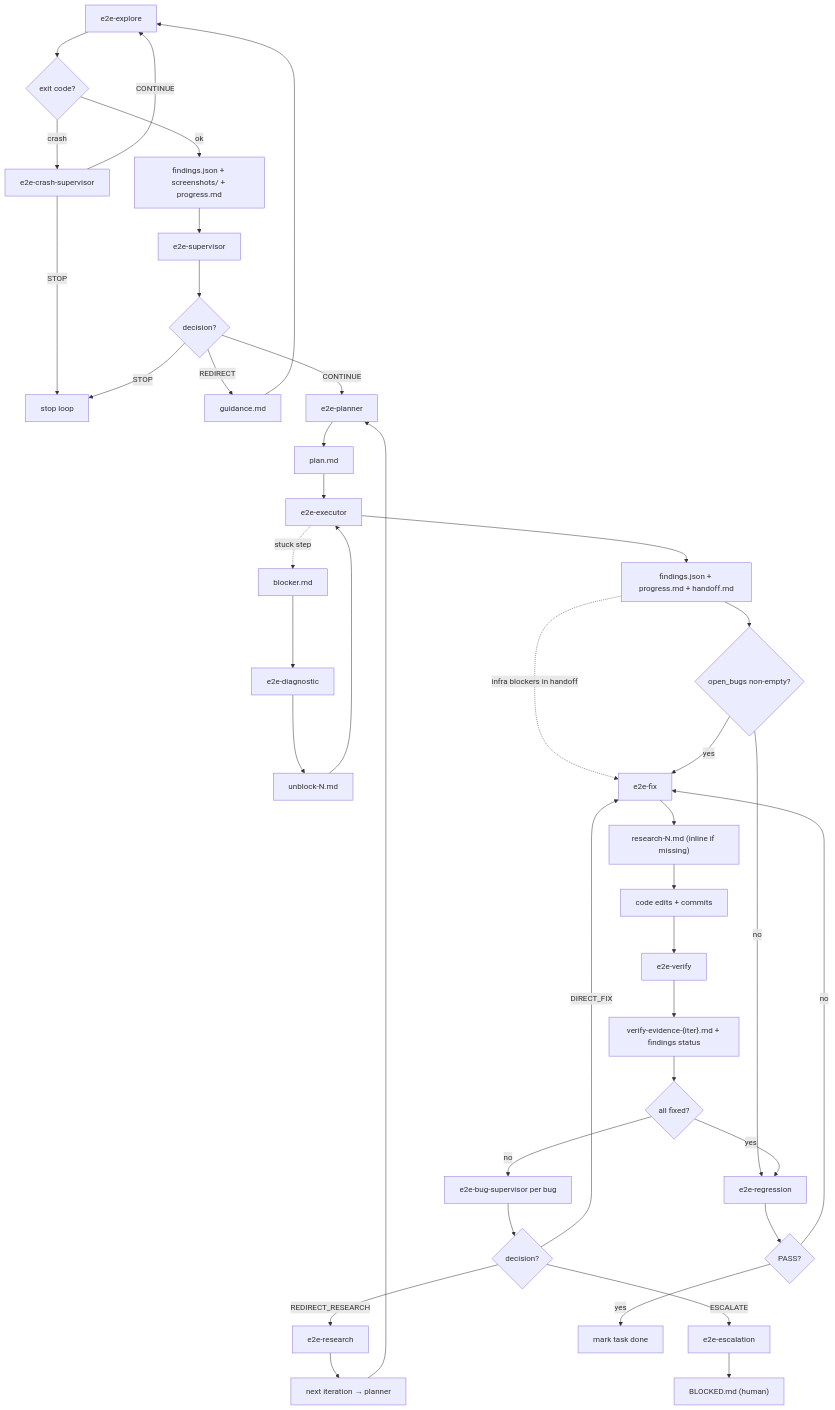
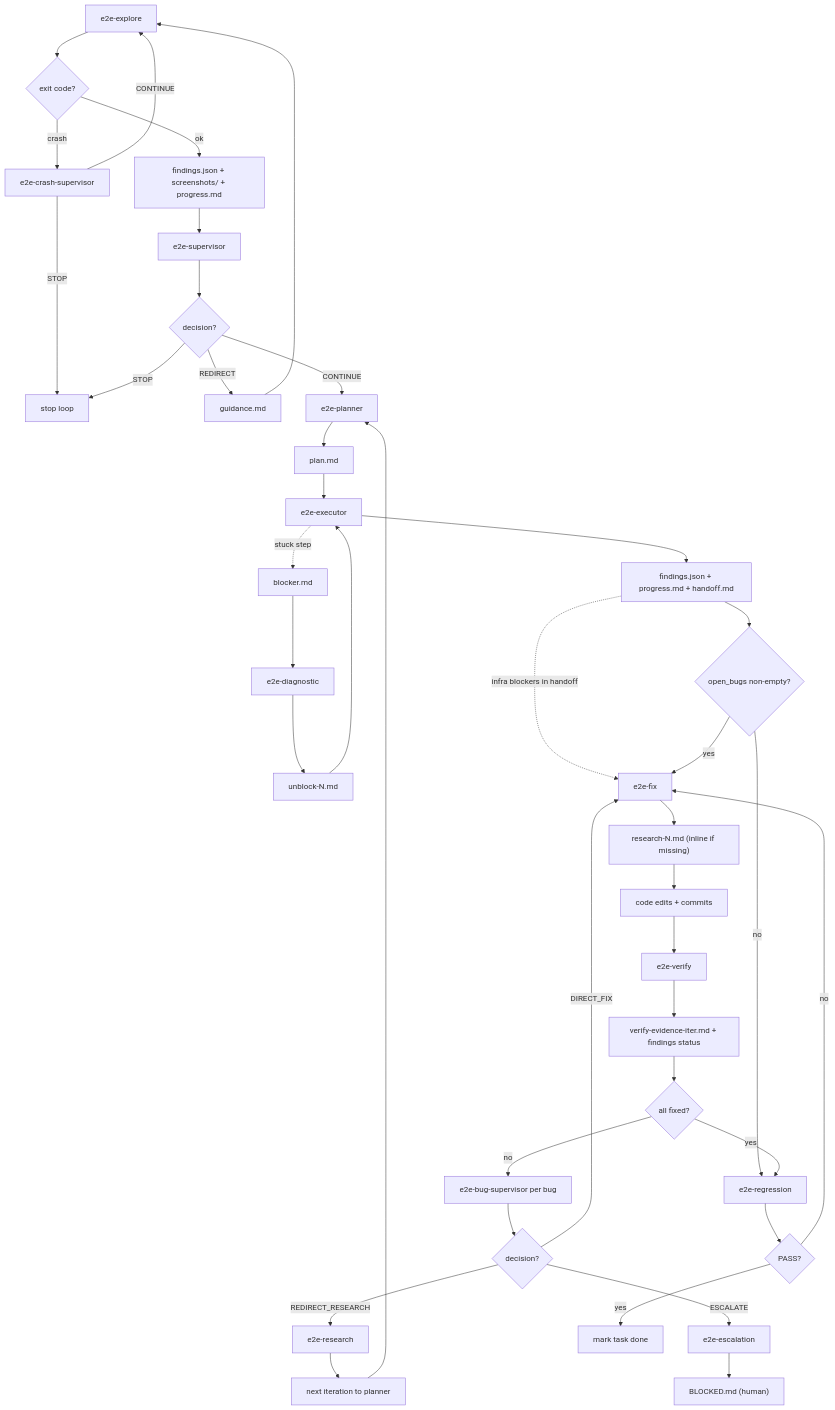
Before and after one commit to mmmaxwwwell/agent-framework: the third of 12 diagrams in .claude/skills/spec-kit/README.md, drawn with Mermaid. The commit also changed other lines of this file, not shown here.

First line of the commit message:
fix(spec-kit): quote all mermaid node labels to avoid parse errors

````diff
--- a/.claude/skills/spec-kit/README.md
+++ b/.claude/skills/spec-kit/README.md
@@ -310,41 +310,41 @@
 ```mermaid
 flowchart TD
-    explore[e2e-explore] --> exit{exit code?}
-    exit -- crash --> crash[e2e-crash-supervisor]
-    crash -- STOP --> stop[stop loop]
+    explore["e2e-explore"] --> exit{"exit code?"}
+    exit -- crash --> crash["e2e-crash-supervisor"]
+    crash -- STOP --> stop["stop loop"]
     crash -- CONTINUE --> explore
     exit -- ok --> findings["findings.json + screenshots/ + progress.md"]
-    findings --> sup[e2e-supervisor]
-    sup --> dec{decision?}
+    findings --> sup["e2e-supervisor"]
+    sup --> dec{"decision?"}
     dec -- STOP --> stop
-    dec -- REDIRECT --> guidance[guidance.md] --> explore
-    dec -- CONTINUE --> planner[e2e-planner]
-    planner --> plan[plan.md]
-    plan --> executor[e2e-executor]
+    dec -- REDIRECT --> guidance["guidance.md"] --> explore
+    dec -- CONTINUE --> planner["e2e-planner"]
+    planner --> plan["plan.md"]
+    plan --> executor["e2e-executor"]
     executor --> outputs["findings.json + progress.md + handoff.md"]
-    executor -.stuck step.-> blocker[blocker.md]
-    blocker --> diag[e2e-diagnostic]
+    executor -. "stuck step" .-> blocker["blocker.md"]
+    blocker --> diag["e2e-diagnostic"]
     diag --> unblock["unblock-N.md"]
     unblock --> executor
-    outputs -.infra blockers in handoff.-> fix[e2e-fix]
-    outputs --> bugs{open_bugs non-empty?}
-    bugs -- no --> regression[e2e-regression]
+    outputs -. "infra blockers in handoff" .-> fix["e2e-fix"]
+    outputs --> bugs{"open_bugs non-empty?"}
+    bugs -- no --> regression["e2e-regression"]
     bugs -- yes --> fix
     fix --> research["research-N.md (inline if missing)"]
-    research --> edits[code edits + commits]
-    edits --> verify[e2e-verify]
-    verify --> evidence["verify-evidence-{iter}.md + findings status"]
-    evidence --> resolved{all fixed?}
+    research --> edits["code edits + commits"]
+    edits --> verify["e2e-verify"]
+    verify --> evidence["verify-evidence-iter.md + findings status"]
+    evidence --> resolved{"all fixed?"}
     resolved -- yes --> regression
-    resolved -- no --> bugsup[e2e-bug-supervisor per bug]
-    bugsup --> bdec{decision?}
+    resolved -- no --> bugsup["e2e-bug-supervisor per bug"]
+    bugsup --> bdec{"decision?"}
     bdec -- DIRECT_FIX --> fix
-    bdec -- REDIRECT_RESEARCH --> research2[e2e-research]
-    research2 --> nextiter[next iteration → planner]
-    bdec -- ESCALATE --> escal[e2e-escalation]
+    bdec -- REDIRECT_RESEARCH --> research2["e2e-research"]
+    research2 --> nextiter["next iteration to planner"]
+    bdec -- ESCALATE --> escal["e2e-escalation"]
     escal --> blocked["BLOCKED.md (human)"]
-    regression --> rpass{PASS?}
-    rpass -- yes --> markdone[mark task done]
+    regression --> rpass{"PASS?"}
+    rpass -- yes --> markdone["mark task done"]
     rpass -- no --> fix
     nextiter --> planner
 ```
````
